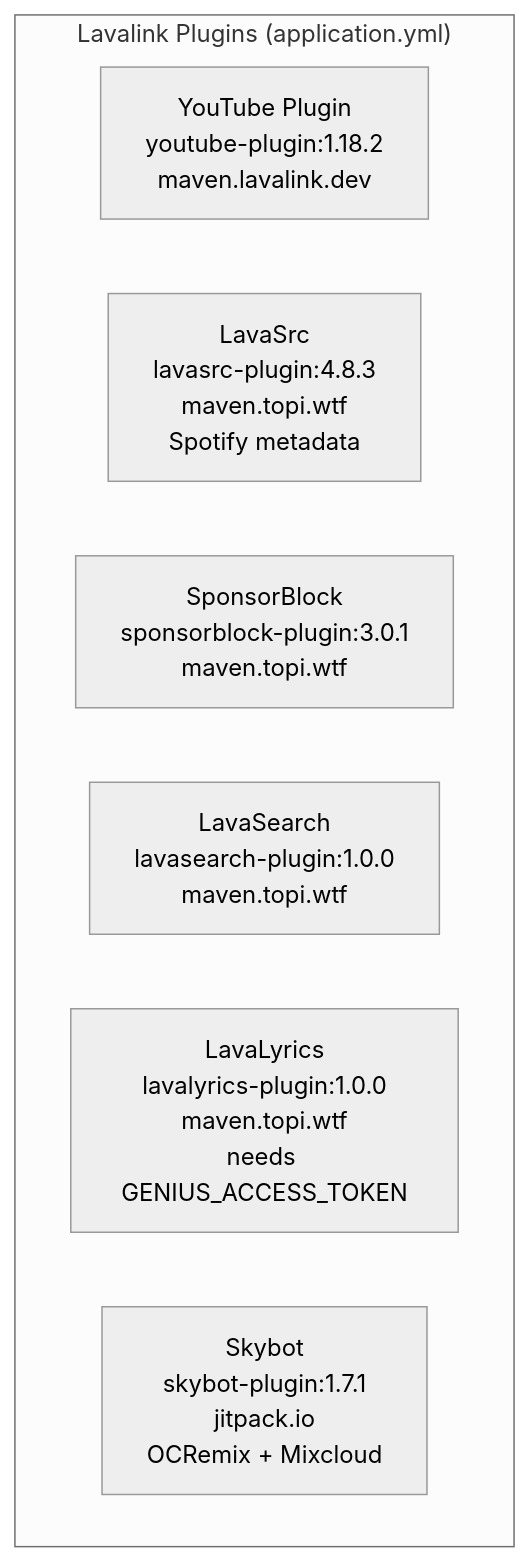
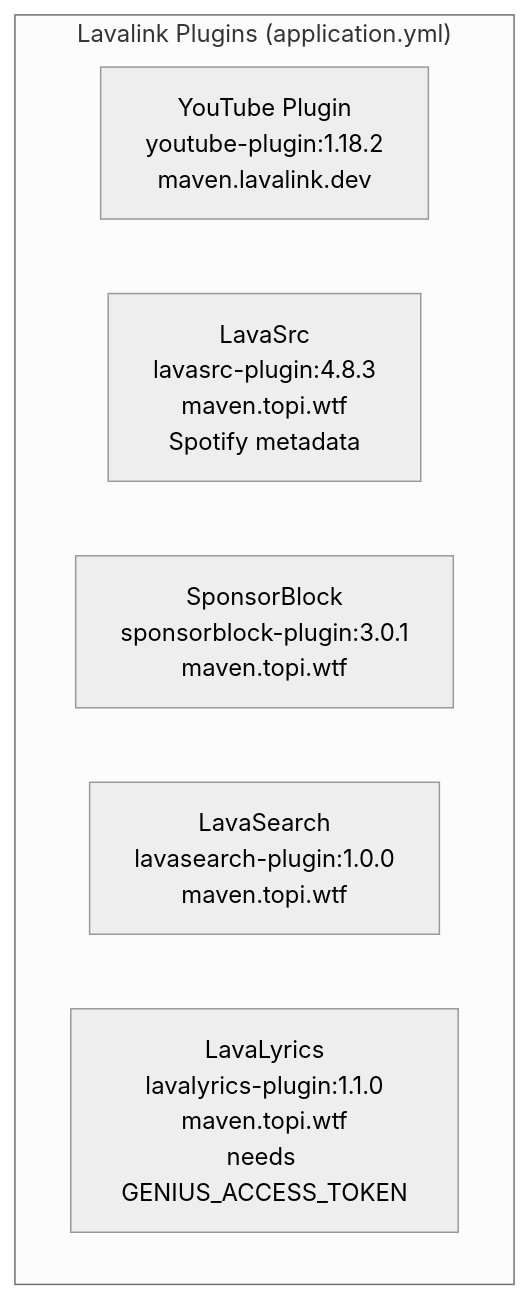
Before and after one commit to HELIX-Origin/Lavalink-Server: the second of 2 diagrams in .agents/skills/plugin-management.md, drawn with Mermaid (neutral theme). The commit also changed other lines of this file and 6 other files, not shown here.

Commit message:
Remove Skybot plugin, bump LavaLyrics to 1.1.0

````diff
--- a/.agents/skills/plugin-management.md
+++ b/.agents/skills/plugin-management.md
@@ -22,11 +22,10 @@
 ```mermaid
 graph TD
     subgraph Plugins["Lavalink Plugins (application.yml)"]
         P1[YouTube Plugin<br/>youtube-plugin:1.18.2<br/>maven.lavalink.dev]
         P2[LavaSrc<br/>lavasrc-plugin:4.8.3<br/>maven.topi.wtf<br/>Spotify metadata]
         P3[SponsorBlock<br/>sponsorblock-plugin:3.0.1<br/>maven.topi.wtf]
         P4[LavaSearch<br/>lavasearch-plugin:1.0.0<br/>maven.topi.wtf]
-        P5[LavaLyrics<br/>lavalyrics-plugin:1.0.0<br/>maven.topi.wtf<br/>needs GENIUS_ACCESS_TOKEN]
-        P6[Skybot<br/>skybot-plugin:1.7.1<br/>jitpack.io<br/>OCRemix + Mixcloud]
+        P5[LavaLyrics<br/>lavalyrics-plugin:1.1.0<br/>maven.topi.wtf<br/>needs GENIUS_ACCESS_TOKEN]
     end
 ```
````
